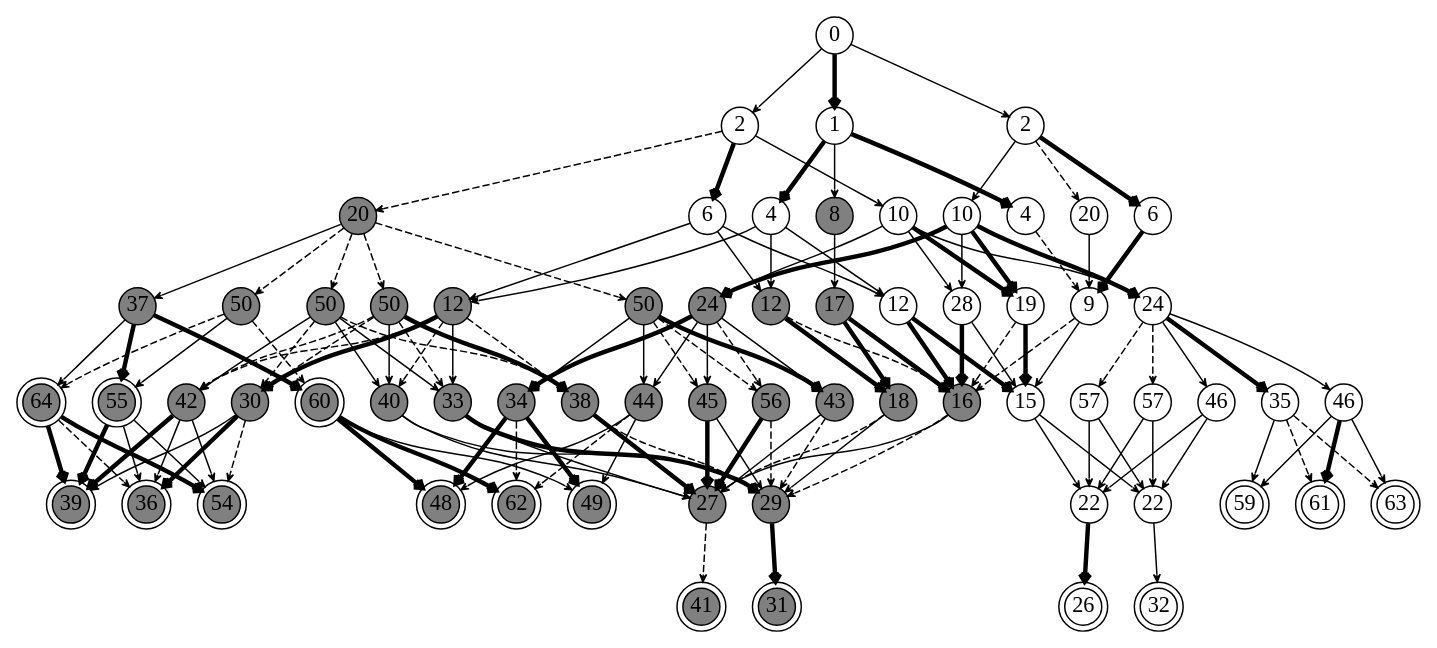
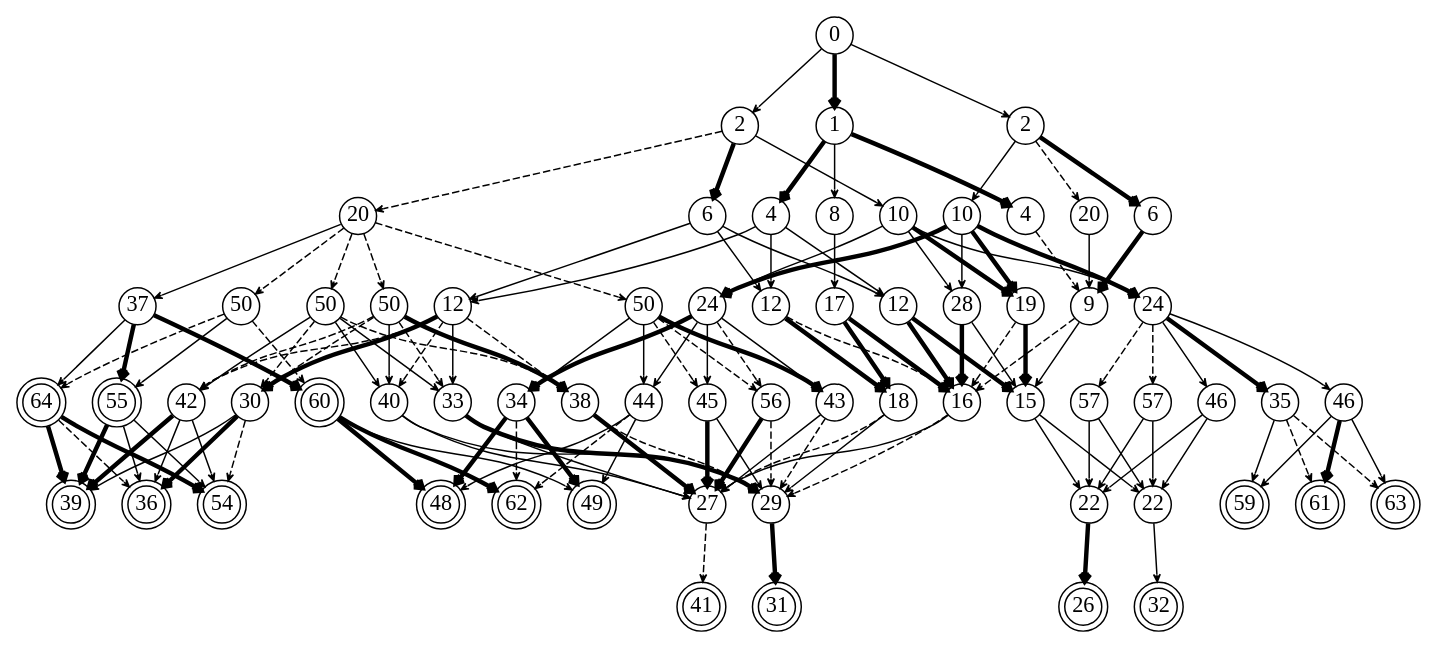
Before and after one commit to kphongph/repo_ttu: the diagram in attack_graph/result/weight.dot, drawn with Graphviz. The commit also changed 14 other files, not shown here.

Commit message:
all graph done

```diff
--- a/attack_graph/result/weight.dot
+++ b/attack_graph/result/weight.dot
@@ -6,65 +6,65 @@
   s1 [label="2"];
   s2 [label="1"];
   s3 [label="2"];
-  s4 [label="20",style=filled, fillcolor=gray];
+  s4 [label="20",style=filled, fillcolor=white];
   s5 [label="6"];
   s6 [label="4"];
-  s7 [label="8",style=filled, fillcolor=gray];
+  s7 [label="8",style=filled, fillcolor=white];
   s8 [label="10"];
   s9 [label="10"];
   s10 [label="4"];
   s11 [label="20"];
   s12 [label="6"];
-  s13 [label="37",style=filled, fillcolor=gray];
-  s14 [label="50",style=filled, fillcolor=gray];
-  s15 [label="50",style=filled, fillcolor=gray];
-  s16 [label="50",style=filled, fillcolor=gray];
-  s17 [label="12",style=filled, fillcolor=gray];
-  s18 [label="50",style=filled, fillcolor=gray];
-  s19 [label="24",style=filled, fillcolor=gray];
-  s20 [label="12",style=filled, fillcolor=gray];
-  s21 [label="17",style=filled, fillcolor=gray];
+  s13 [label="37",style=filled, fillcolor=white];
+  s14 [label="50",style=filled, fillcolor=white];
+  s15 [label="50",style=filled, fillcolor=white];
+  s16 [label="50",style=filled, fillcolor=white];
+  s17 [label="12",style=filled, fillcolor=white];
+  s18 [label="50",style=filled, fillcolor=white];
+  s19 [label="24",style=filled, fillcolor=white];
+  s20 [label="12",style=filled, fillcolor=white];
+  s21 [label="17",style=filled, fillcolor=white];
   s22 [label="12"];
   s23 [label="28"];
   s24 [label="19"];
   s25 [label="9"];
   s26 [label="24"];
-  s27 [label="55",peripheries=2,style=filled, fillcolor=gray];
-  s28 [label="64",peripheries=2,style=filled, fillcolor=gray];
-  s29 [label="42",style=filled, fillcolor=gray];
-  s30 [label="30",style=filled, fillcolor=gray];
-  s31 [label="60",peripheries=2,style=filled, fillcolor=gray];
-  s32 [label="44",style=filled, fillcolor=gray];
-  s33 [label="34",style=filled, fillcolor=gray];
-  s34 [label="40",style=filled, fillcolor=gray];
-  s35 [label="33",style=filled, fillcolor=gray];
-  s36 [label="38",style=filled, fillcolor=gray];
-  s37 [label="56",style=filled, fillcolor=gray];
-  s38 [label="43",style=filled, fillcolor=gray];
-  s39 [label="45",style=filled, fillcolor=gray];
-  s40 [label="18",style=filled, fillcolor=gray];
-  s41 [label="16",style=filled, fillcolor=gray];
+  s27 [label="55",peripheries=2,style=filled, fillcolor=white];
+  s28 [label="64",peripheries=2,style=filled, fillcolor=white];
+  s29 [label="42",style=filled, fillcolor=white];
+  s30 [label="30",style=filled, fillcolor=white];
+  s31 [label="60",peripheries=2,style=filled, fillcolor=white];
+  s32 [label="44",style=filled, fillcolor=white];
+  s33 [label="34",style=filled, fillcolor=white];
+  s34 [label="40",style=filled, fillcolor=white];
+  s35 [label="33",style=filled, fillcolor=white];
+  s36 [label="38",style=filled, fillcolor=white];
+  s37 [label="56",style=filled, fillcolor=white];
+  s38 [label="43",style=filled, fillcolor=white];
+  s39 [label="45",style=filled, fillcolor=white];
+  s40 [label="18",style=filled, fillcolor=white];
+  s41 [label="16",style=filled, fillcolor=white];
   s42 [label="35"];
   s43 [label="46"];
   s44 [label="15"];
   s45 [label="57"];
   s46 [label="46"];
   s47 [label="57"];
-  s48 [label="36",peripheries=2,style=filled, fillcolor=gray];
-  s49 [label="54",peripheries=2,style=filled, fillcolor=gray];
-  s50 [label="39",peripheries=2,style=filled, fillcolor=gray];
-  s51 [label="49",peripheries=2,style=filled, fillcolor=gray];
-  s52 [label="48",peripheries=2,style=filled, fillcolor=gray];
-  s53 [label="62",peripheries=2,style=filled, fillcolor=gray];
-  s54 [label="27",style=filled, fillcolor=gray];
-  s55 [label="29",style=filled, fillcolor=gray];
+  s48 [label="36",peripheries=2,style=filled, fillcolor=white];
+  s49 [label="54",peripheries=2,style=filled, fillcolor=white];
+  s50 [label="39",peripheries=2,style=filled, fillcolor=white];
+  s51 [label="49",peripheries=2,style=filled, fillcolor=white];
+  s52 [label="48",peripheries=2,style=filled, fillcolor=white];
+  s53 [label="62",peripheries=2,style=filled, fillcolor=white];
+  s54 [label="27",style=filled, fillcolor=white];
+  s55 [label="29",style=filled, fillcolor=white];
   s56 [label="61",peripheries=2];
   s57 [label="63",peripheries=2];
   s58 [label="59",peripheries=2];
   s59 [label="22"];
   s60 [label="22"];
-  s61 [label="41",peripheries=2,style=filled, fillcolor=gray];
-  s62 [label="31",peripheries=2,style=filled, fillcolor=gray];
+  s61 [label="41",peripheries=2,style=filled, fillcolor=white];
+  s62 [label="31",peripheries=2,style=filled, fillcolor=white];
   s63 [label="26",peripheries=2];
   s64 [label="32",peripheries=2];
 
```
